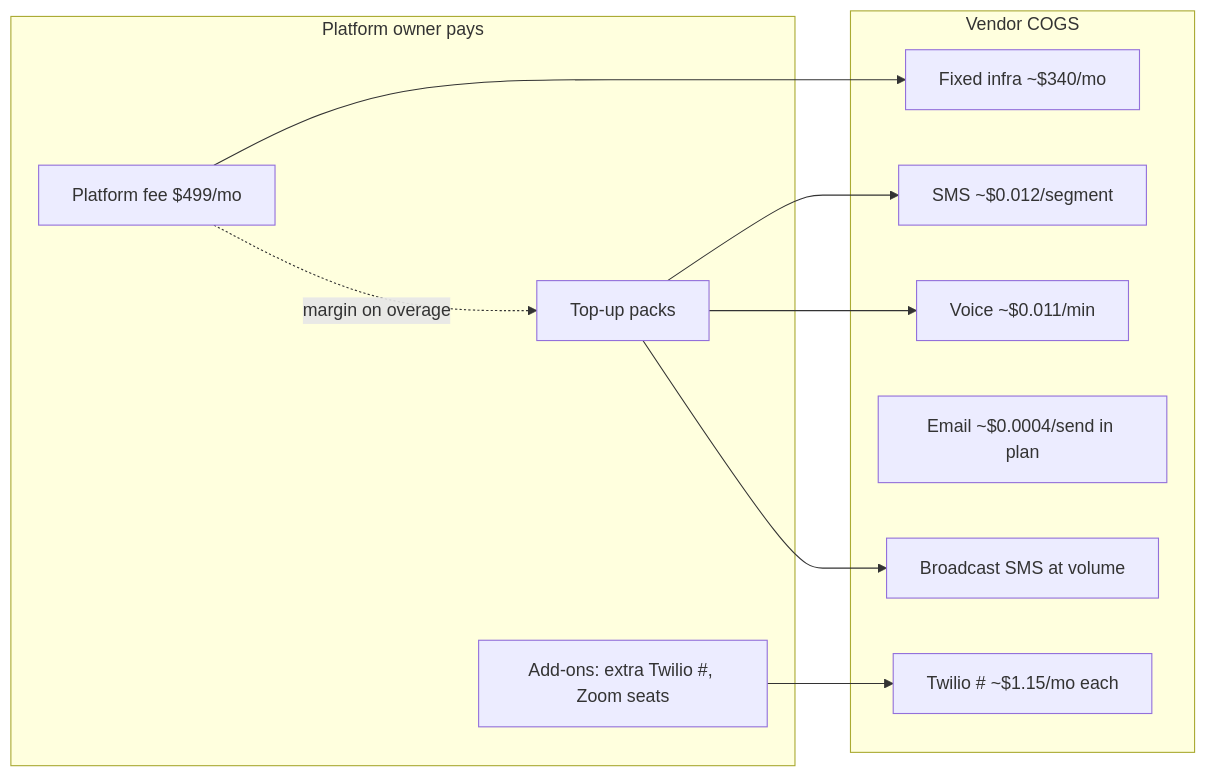
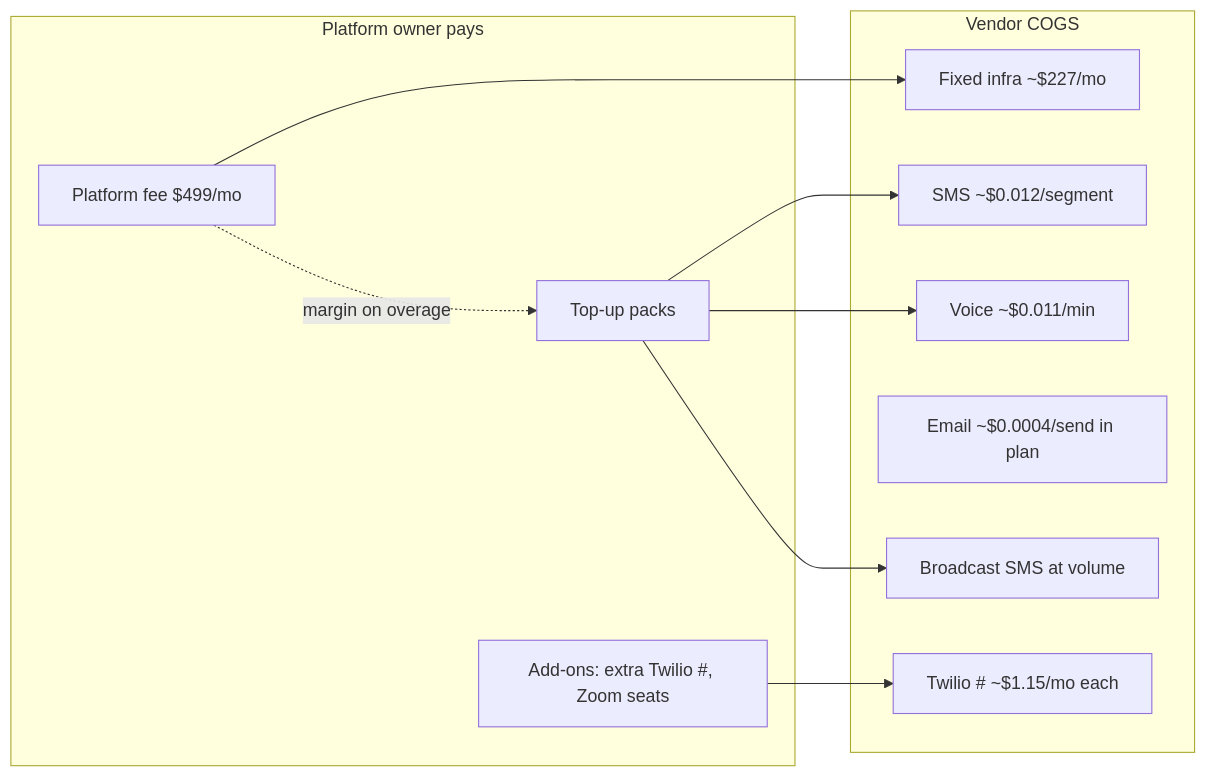
The third of 15 diagrams in docs/BILLING_AND_QUOTA_PLAN.md (tonatiuh19/real-state), drawn with Mermaid before and after one commit. The commit also changed other lines of this file and 84 other files, not shown here.

````diff
--- a/docs/BILLING_AND_QUOTA_PLAN.md
+++ b/docs/BILLING_AND_QUOTA_PLAN.md
@@ -301,25 +303,25 @@
 ```mermaid
 flowchart LR
   subgraph Revenue["Platform owner pays"]
     PF[Platform fee $499/mo]
     TU[Top-up packs]
     ADD[Add-ons: extra Twilio #, Zoom seats]
   end
 
   subgraph COGS["Vendor COGS"]
-    FIX[Fixed infra ~$340/mo]
+    FIX[Fixed infra ~$227/mo]
     SMS[SMS ~$0.012/segment]
     VOX[Voice ~$0.011/min]
     EM[Email ~$0.0004/send in plan]
     BC[Broadcast SMS at volume]
     NUM[Twilio # ~$1.15/mo each]
   end
 
   PF --> FIX
   TU --> SMS
   TU --> VOX
   TU --> BC
   ADD --> NUM
 
   PF -.->|margin on overage| TU
 ```
````
